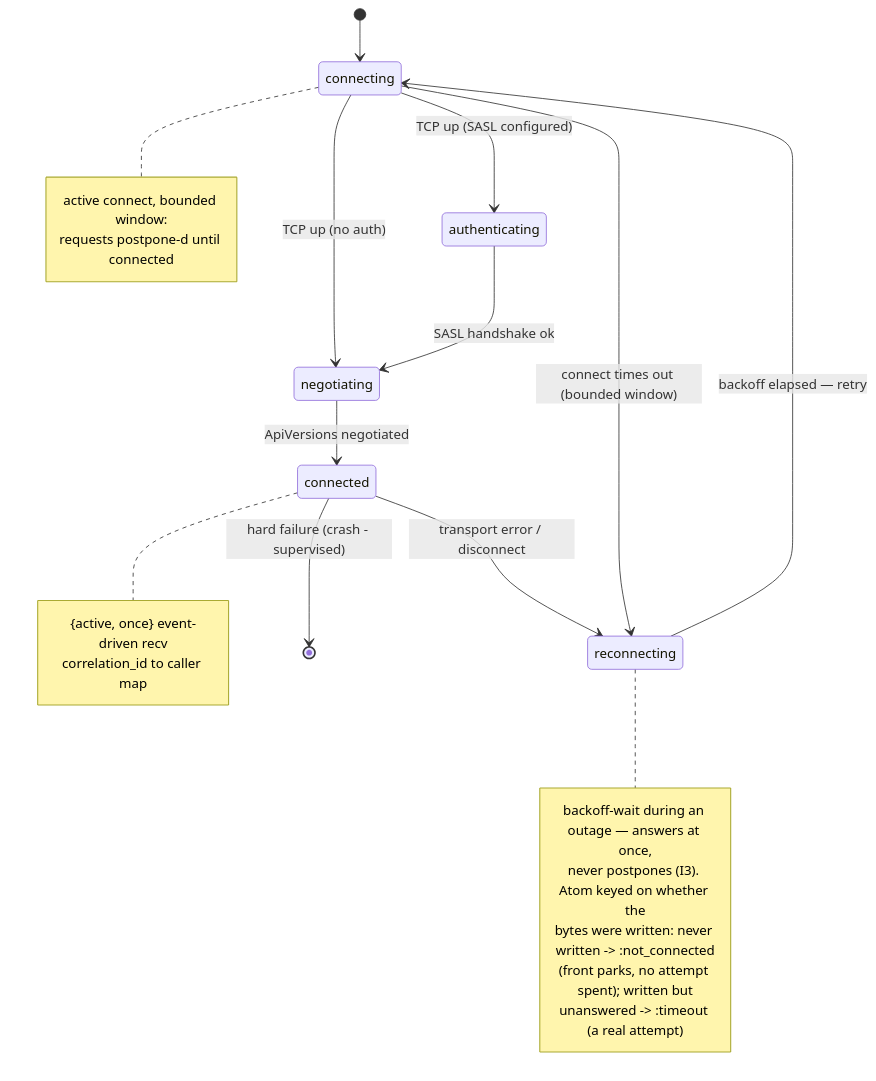
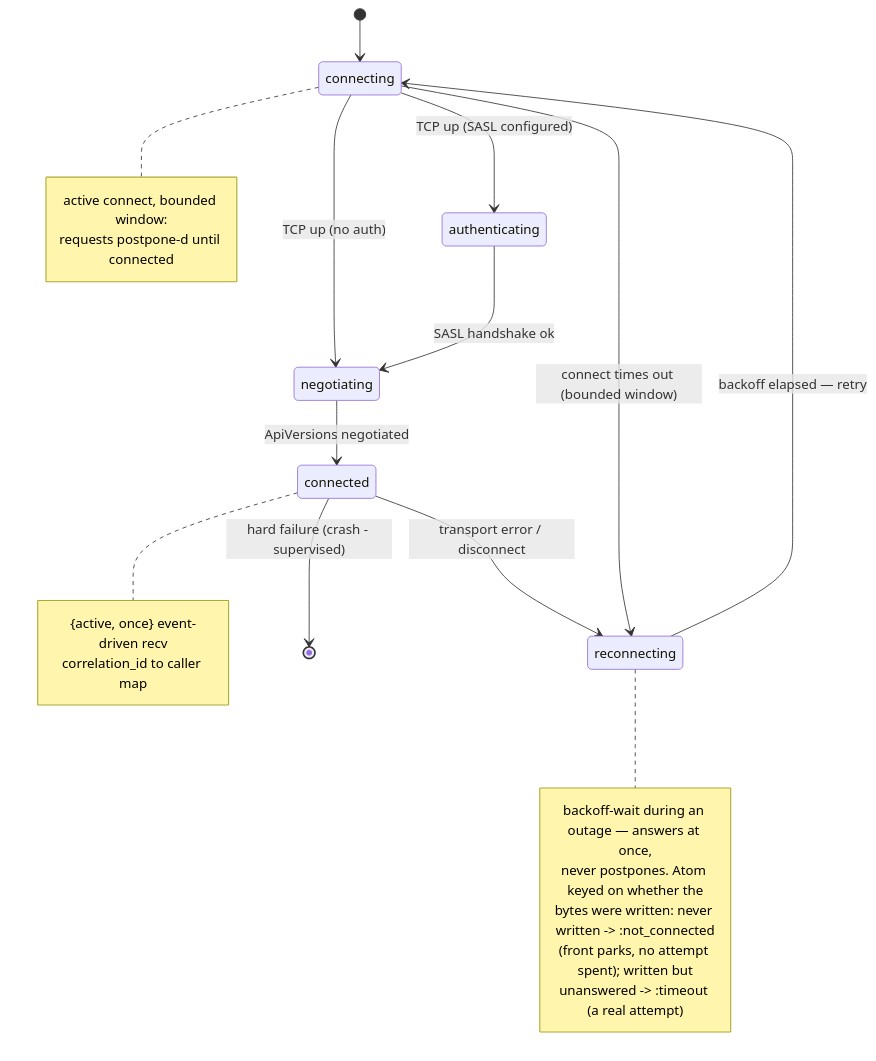
Before and after one commit to kafkaex/kafka_ex: the ninth of 10 diagrams in docs/rfcs/0001-client-process-architecture.md, drawn with Mermaid. The commit also changed other lines of this file, not shown here.

````diff
--- a/docs/rfcs/0001-client-process-architecture.md
+++ b/docs/rfcs/0001-client-process-architecture.md
@@ -600,27 +639,27 @@
 ```mermaid
 stateDiagram-v2
     [*] --> connecting
     connecting --> authenticating: TCP up (SASL configured)
     connecting --> negotiating: TCP up (no auth)
     authenticating --> negotiating: SASL handshake ok
     negotiating --> connected: ApiVersions negotiated
     connected --> reconnecting: transport error / disconnect
     connecting --> reconnecting: connect times out (bounded window)
     reconnecting --> connecting: backoff elapsed — retry
     connected --> [*]: hard failure (crash - supervised)
     note right of connecting
         active connect, bounded window:
         requests postpone-d until connected
     end note
     note right of reconnecting
         backoff-wait during an outage — answers at once,
-        never postpones (I3). Atom keyed on whether the
+        never postpones. Atom keyed on whether the
         bytes were written: never written -> :not_connected
         (front parks, no attempt spent); written but
         unanswered -> :timeout (a real attempt)
     end note
     note right of connected
         {active, once} event-driven recv
         correlation_id to caller map
     end note
 ```
````
